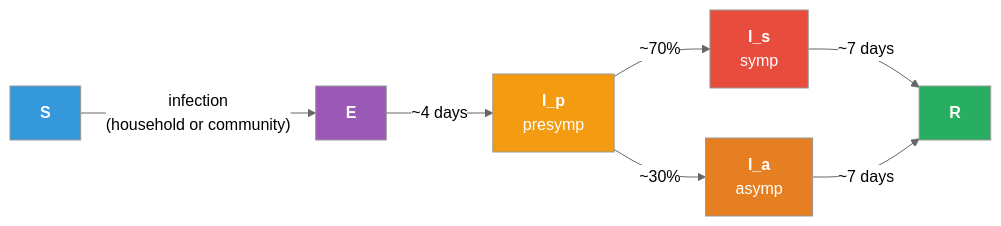
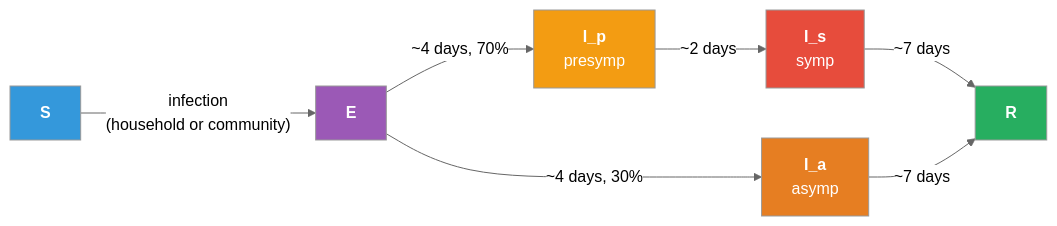
Before and after one commit to EpiModel/EpiModel-Gallery: the diagram in examples/rsv/index.qmd, drawn with Mermaid (neutral theme). The commit also changed other lines of this file and 7 other files, not shown here.

````diff
--- a/examples/rsv/index.qmd
+++ b/examples/rsv/index.qmd
@@ -52,17 +59,17 @@
 ```{mermaid}
 %%| echo: false
 flowchart LR
     S["<b>S</b>"] -->|"infection<br/>(household or community)"| E
-    E["<b>E</b>"] -->|"~4 days"| Ip
-    Ip["<b>I_p</b><br/>presymp"] -->|"~70%"| Is["<b>I_s</b><br/>symp"]
-    Ip -->|"~30%"| Ia["<b>I_a</b><br/>asymp"]
+    E["<b>E</b>"] -->|"~4 days, 70%"| Ip
+    E -->|"~4 days, 30%"| Ia["<b>I_a</b><br/>asymp"]
+    Ip["<b>I_p</b><br/>presymp"] -->|"~2 days"| Is["<b>I_s</b><br/>symp"]
     Is -->|"~7 days"| R["<b>R</b>"]
     Ia -->|"~7 days"| R
 
     style S fill:#3498db,color:#fff
     style E fill:#9b59b6,color:#fff
     style Ip fill:#f39c12,color:#fff
     style Is fill:#e74c3c,color:#fff
     style Ia fill:#e67e22,color:#fff
     style R fill:#27ae60,color:#fff
 ```
````
